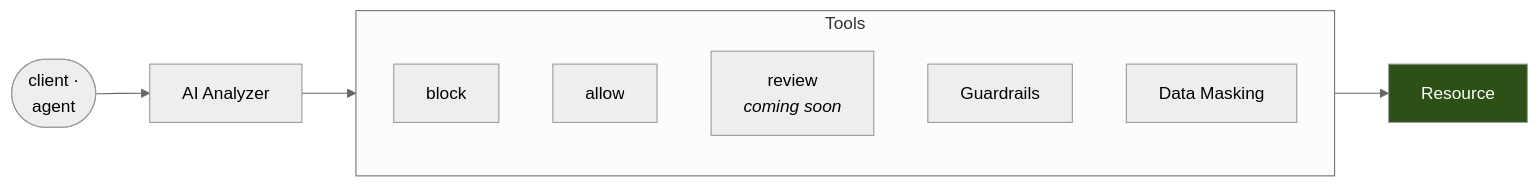
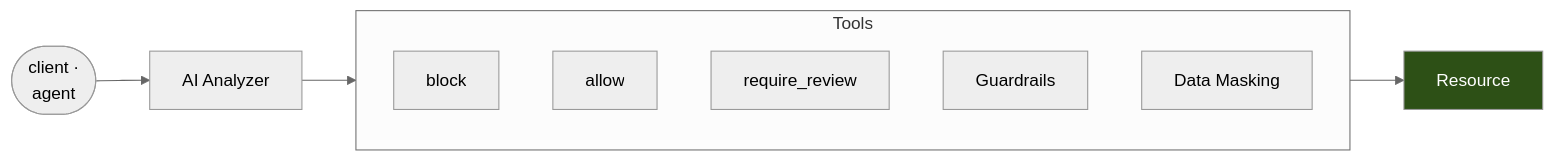
The diagram in features/agentic-access.mdx (hoophq/documentation), drawn with Mermaid (neutral theme) before and after one commit. The commit also changed other lines of this file and 7 other files, not shown here.

First line of the commit message:
docs(sidecar): document require_review now that it ships (EVL-301) (#187)

````diff
--- a/features/agentic-access.mdx
+++ b/features/agentic-access.mdx
@@ -10,18 +10,18 @@
 ```mermaid
 flowchart LR
     C(["client ·<br/>agent"]) --> AI["AI Analyzer"]
 
     subgraph TOOLS["Tools"]
       direction TB
       BLK["block"]
       ALW["allow"]
-      RVW["review<br/><i>coming soon</i>"]
+      RVW["require_review"]
       GR["Guardrails"]
       DM["Data Masking"]
     end
 
     AI --> TOOLS
     TOOLS --> R["Resource"]
 
     style R fill:#2d5016,color:#fff
 ```
````
